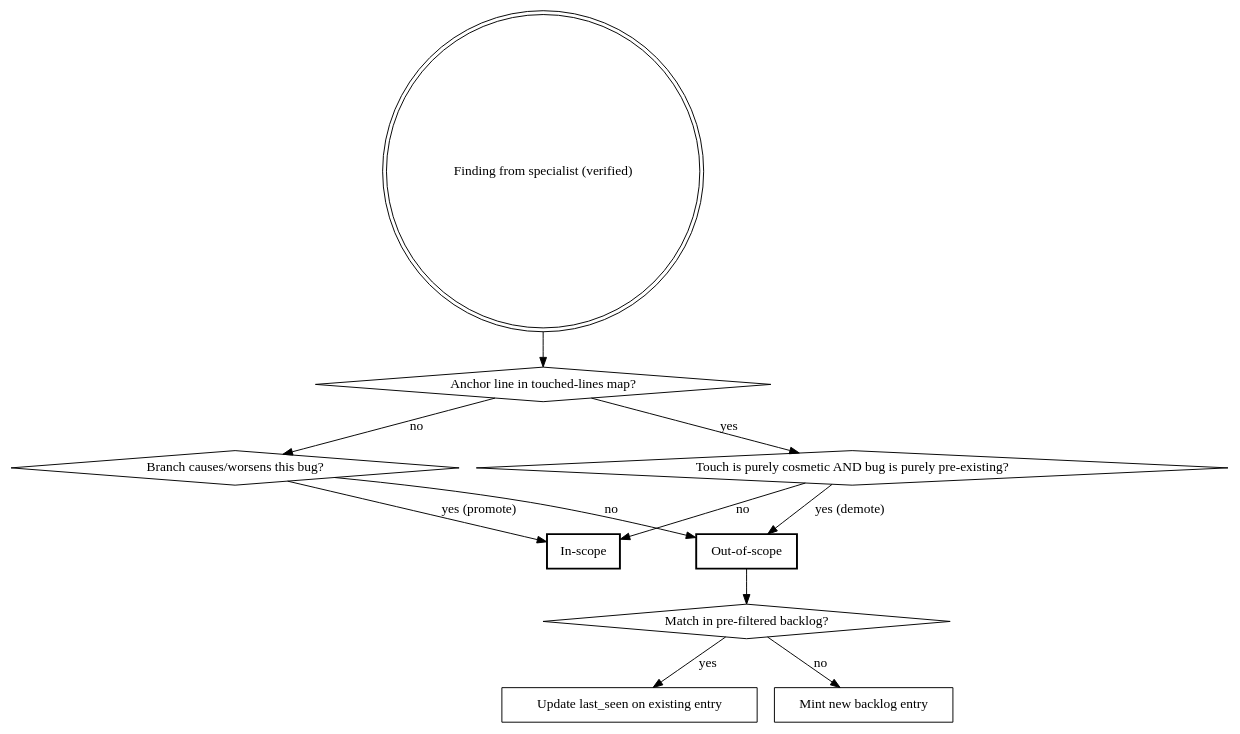
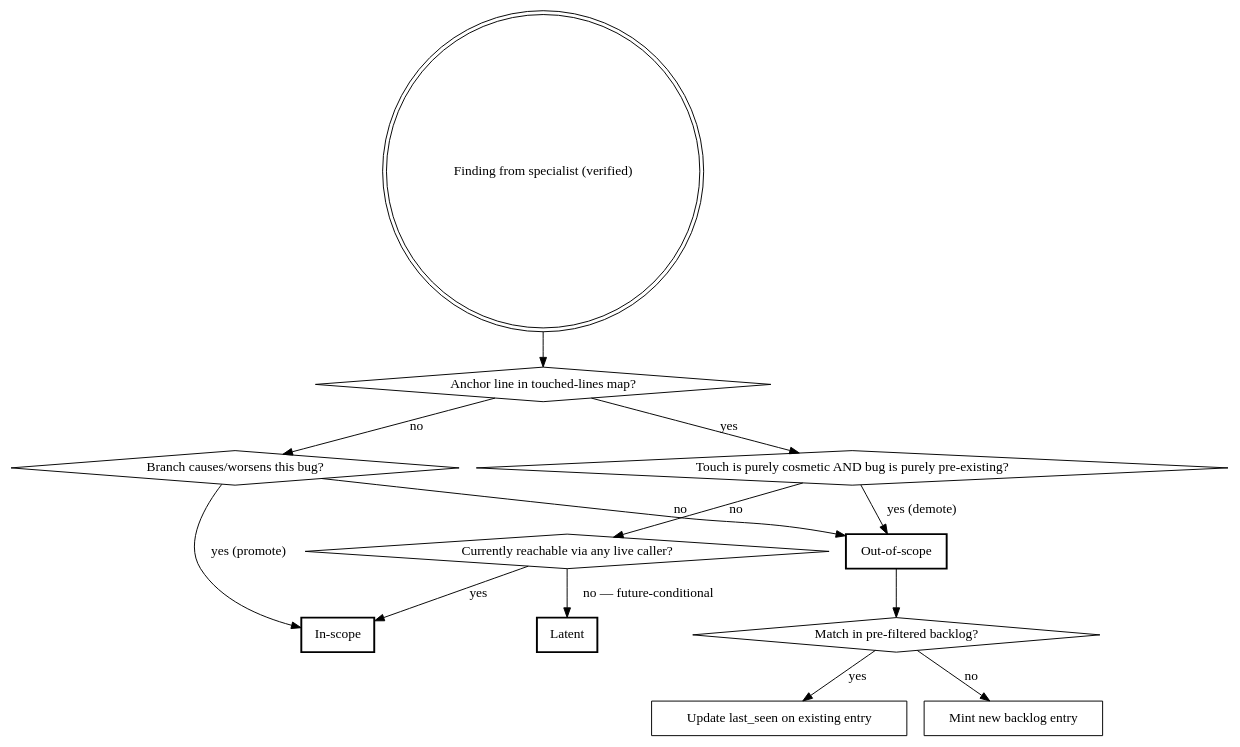
Before and after one commit to Ovid/smudge: the first of 2 diagrams in .claude/skills/agentic-review/SKILL.md, drawn with Graphviz. The commit also changed other lines of this file and 1 other file, not shown here.

````diff
--- a/.claude/skills/agentic-review/SKILL.md
+++ b/.claude/skills/agentic-review/SKILL.md
@@ -30,25 +35,29 @@
 ```dot
 digraph classification {
   "Finding from specialist (verified)" [shape=doublecircle];
   "Anchor line in touched-lines map?" [shape=diamond];
   "Branch causes/worsens this bug?" [shape=diamond];
   "Touch is purely cosmetic AND bug is purely pre-existing?" [shape=diamond];
+  "Currently reachable via any live caller?" [shape=diamond];
   "Match in pre-filtered backlog?" [shape=diamond];
 
   "In-scope" [shape=box, style=bold];
+  "Latent" [shape=box, style=bold];
   "Out-of-scope" [shape=box, style=bold];
   "Update last_seen on existing entry" [shape=box];
   "Mint new backlog entry" [shape=box];
 
   "Finding from specialist (verified)" -> "Anchor line in touched-lines map?";
   "Anchor line in touched-lines map?" -> "Touch is purely cosmetic AND bug is purely pre-existing?" [label="yes"];
   "Anchor line in touched-lines map?" -> "Branch causes/worsens this bug?" [label="no"];
   "Touch is purely cosmetic AND bug is purely pre-existing?" -> "Out-of-scope" [label="yes (demote)"];
-  "Touch is purely cosmetic AND bug is purely pre-existing?" -> "In-scope" [label="no"];
+  "Touch is purely cosmetic AND bug is purely pre-existing?" -> "Currently reachable via any live caller?" [label="no"];
+  "Currently reachable via any live caller?" -> "In-scope" [label="yes"];
+  "Currently reachable via any live caller?" -> "Latent" [label="no — future-conditional"];
   "Branch causes/worsens this bug?" -> "In-scope" [label="yes (promote)"];
   "Branch causes/worsens this bug?" -> "Out-of-scope" [label="no"];
   "Out-of-scope" -> "Match in pre-filtered backlog?";
   "Match in pre-filtered backlog?" -> "Update last_seen on existing entry" [label="yes"];
   "Match in pre-filtered backlog?" -> "Mint new backlog entry" [label="no"];
 }
 ```
````
